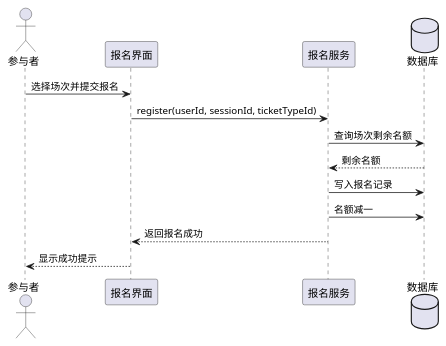
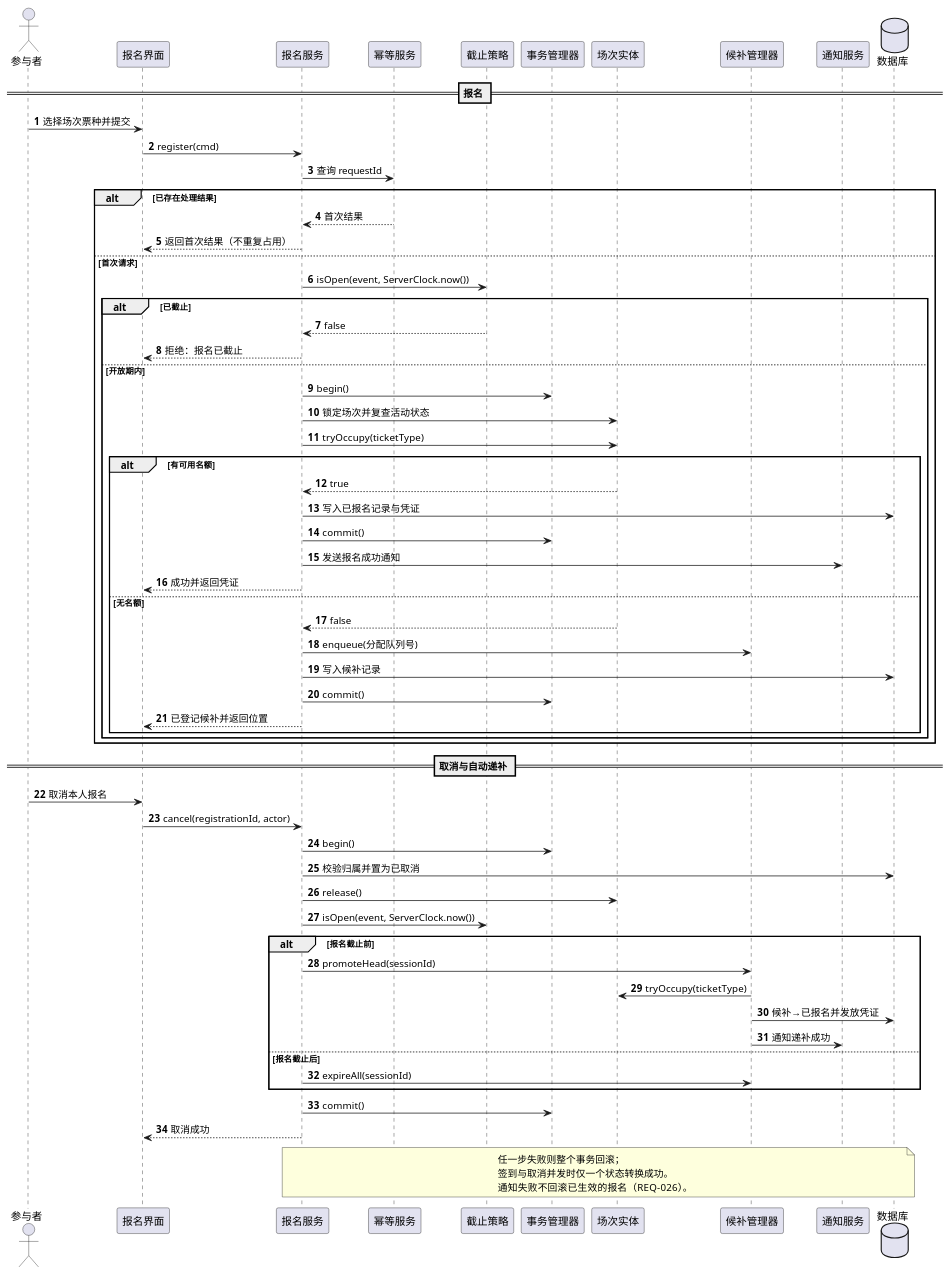
Before and after one commit to kkksc114/Software_Engineering_Lab: the diagram in UML/UML时序图.puml, drawn with PlantUML. The commit also changed 8 other files, not shown here.

Commit message:
design: add exception, state and concurrency flows

```diff
--- a/UML/UML时序图.puml
+++ b/UML/UML时序图.puml
@@ -1,17 +1,73 @@
 @startuml
 skinparam defaultFontName "Noto Sans CJK SC"
+skinparam sequenceMessageAlign left
+skinparam sequenceFontSize 14
+autonumber
 
 actor 参与者 as P
 participant "报名界面" as UI
 participant "报名服务" as RS
+participant "幂等服务" as IDEM
+participant "截止策略" as DP
+participant "事务管理器" as TX
+participant "场次实体" as SESS
+participant "候补管理器" as WL
+participant "通知服务" as NS
 database "数据库" as DB
 
-P -> UI : 选择场次并提交报名
-UI -> RS : register(userId, sessionId, ticketTypeId)
-RS -> DB : 查询场次剩余名额
-DB --> RS : 剩余名额
-RS -> DB : 写入报名记录
-RS -> DB : 名额减一
-RS --> UI : 返回报名成功
-UI --> P : 显示成功提示
+== 报名 ==
+P -> UI : 选择场次票种并提交
+UI -> RS : register(cmd)
+RS -> IDEM : 查询 requestId
+alt 已存在处理结果
+  IDEM --> RS : 首次结果
+  RS --> UI : 返回首次结果（不重复占用）
+else 首次请求
+  RS -> DP : isOpen(event, ServerClock.now())
+  alt 已截止
+    DP --> RS : false
+    RS --> UI : 拒绝：报名已截止
+  else 开放期内
+    RS -> TX : begin()
+    RS -> SESS : 锁定场次并复查活动状态
+    RS -> SESS : tryOccupy(ticketType)
+    alt 有可用名额
+      SESS --> RS : true
+      RS -> DB : 写入已报名记录与凭证
+      RS -> TX : commit()
+      RS -> NS : 发送报名成功通知
+      RS --> UI : 成功并返回凭证
+    else 无名额
+      SESS --> RS : false
+      RS -> WL : enqueue(分配队列号)
+      RS -> DB : 写入候补记录
+      RS -> TX : commit()
+      RS --> UI : 已登记候补并返回位置
+    end
+  end
+end
+
+== 取消与自动递补 ==
+P -> UI : 取消本人报名
+UI -> RS : cancel(registrationId, actor)
+RS -> TX : begin()
+RS -> DB : 校验归属并置为已取消
+RS -> SESS : release()
+RS -> DP : isOpen(event, ServerClock.now())
+alt 报名截止前
+  RS -> WL : promoteHead(sessionId)
+  WL -> SESS : tryOccupy(ticketType)
+  WL -> DB : 候补→已报名并发放凭证
+  WL -> NS : 通知递补成功
+else 报名截止后
+  RS -> WL : expireAll(sessionId)
+end
+RS -> TX : commit()
+RS --> UI : 取消成功
+
+note over RS, DB
+  任一步失败则整个事务回滚；
+  签到与取消并发时仅一个状态转换成功。
+  通知失败不回滚已生效的报名（REQ-026）。
+end note
 @enduml
```
